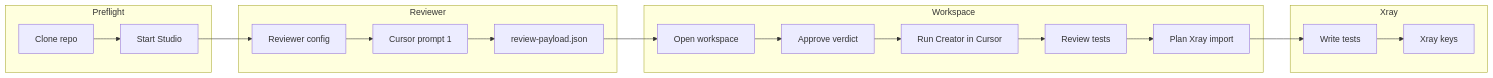
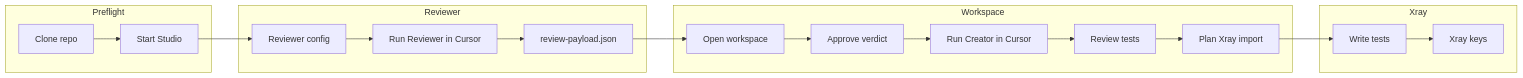
One commit to marekwyszynskiappfire/docs changed the second of 2 diagrams in Trinity/ARCHITECTURE.md. Above: the diagram before and after it, drawn with Mermaid. The commit also changed other lines of this file and 47 other files, not shown here.

````diff
--- a/Trinity/ARCHITECTURE.md
+++ b/Trinity/ARCHITECTURE.md
@@ -72,25 +72,25 @@
 ```mermaid
 flowchart LR
   subgraph pre [Preflight]
     CLONE[Clone repo]
     START[Start Studio]
   end
   subgraph rev [Reviewer]
     CFG[Reviewer config]
-    P1[Cursor prompt 1]
+    P1[Run Reviewer in Cursor]
     RUN[review-payload.json]
   end
   subgraph stu [Workspace]
     OPEN[Open workspace]
     APR[Approve verdict]
     P2[Run Creator in Cursor]
     REV[Review tests]
     PLAN[Plan Xray import]
   end
   subgraph xray [Xray]
     EXEC[Write tests]
     KEYS[Xray keys]
   end
   CLONE --> START --> CFG --> P1 --> RUN --> OPEN --> APR --> P2
   P2 --> REV --> PLAN --> EXEC --> KEYS
 ```
````
